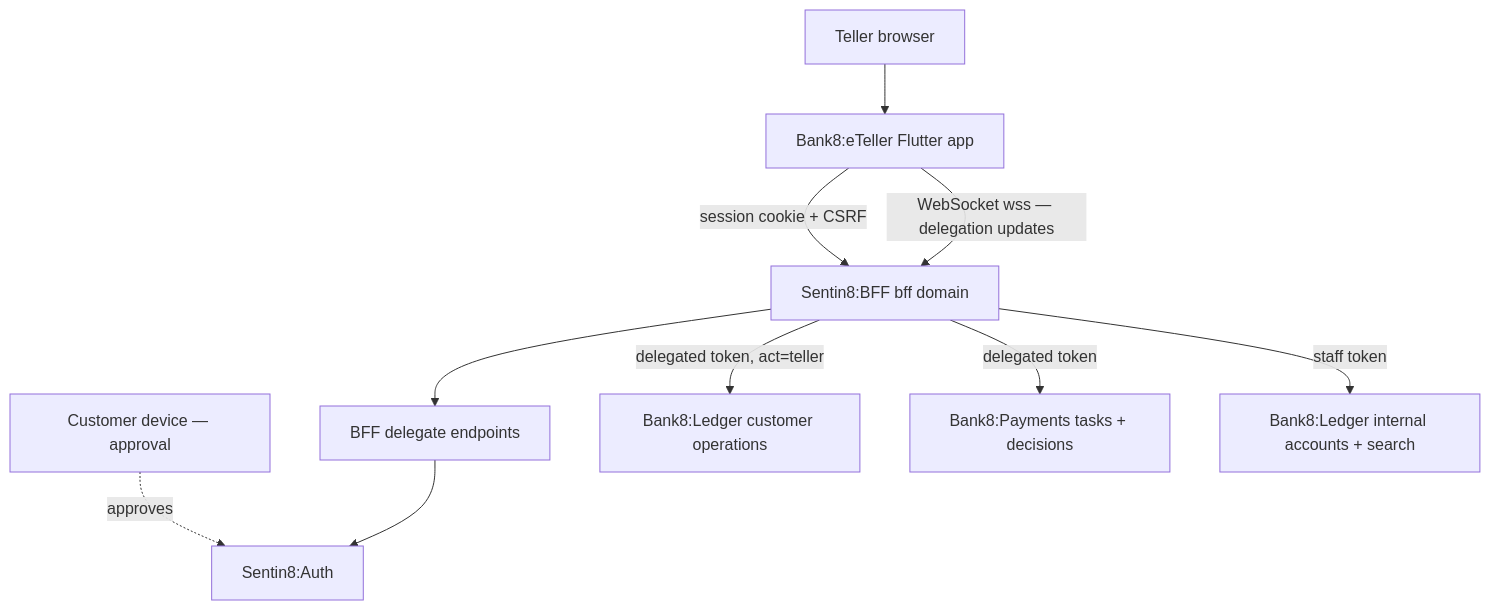
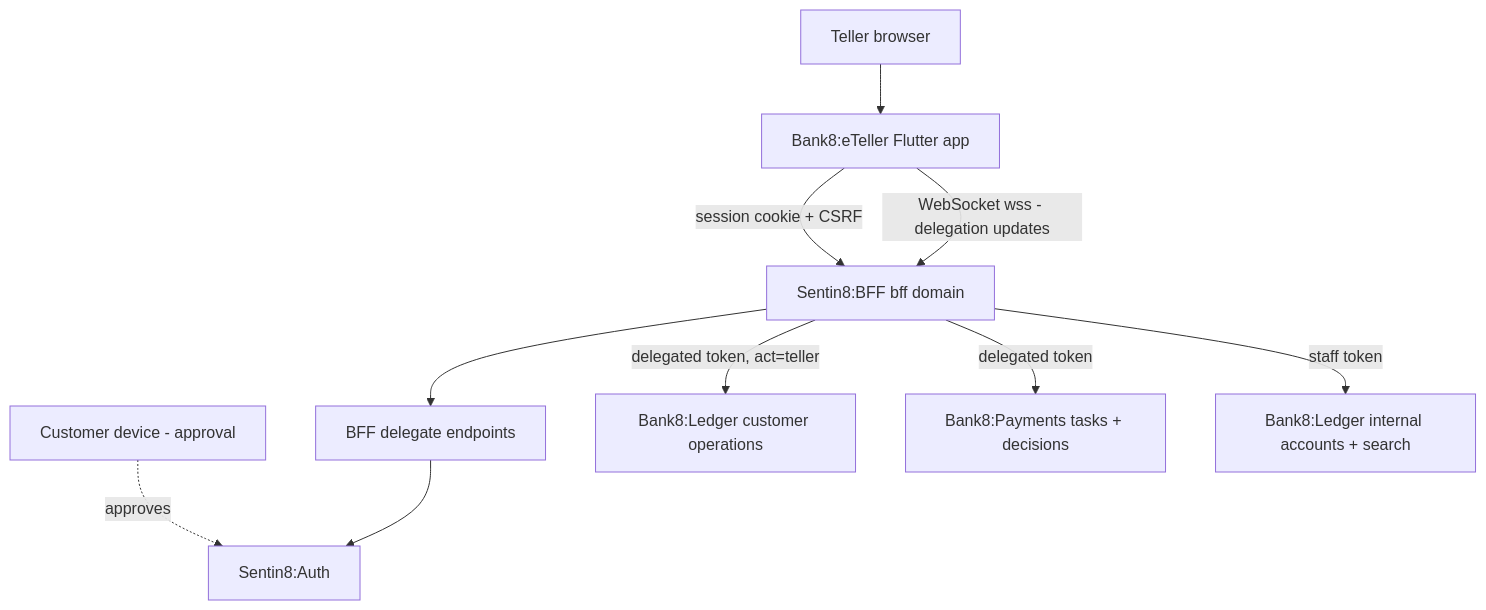
Before and after one commit to Bank8-dev/bank8-site: the first of 6 diagrams in docs/apps/eteller/design.md, drawn with Mermaid. The commit also changed other lines of this file and 53 other files, not shown here.

````diff
--- a/docs/apps/eteller/design.md
+++ b/docs/apps/eteller/design.md
@@ -29,12 +29,12 @@
 ```mermaid
 graph TD
     TB[Teller browser] --> ET[Bank8:eTeller Flutter app]
-    CB[Customer device — approval] -.approves.-> AUTH
+    CB[Customer device - approval] -.approves.-> AUTH
     ET -->|session cookie + CSRF| BFF[Sentin8:BFF bff domain]
     BFF --> DEL[BFF delegate endpoints]
     DEL --> AUTH[Sentin8:Auth]
     BFF -->|delegated token, act=teller| LED[Bank8:Ledger customer operations]
     BFF -->|delegated token| PAY[Bank8:Payments tasks + decisions]
     BFF -->|staff token| LED2[Bank8:Ledger internal accounts + search]
-    ET -->|WebSocket wss — delegation updates| BFF
+    ET -->|WebSocket wss - delegation updates| BFF
 ```
````
